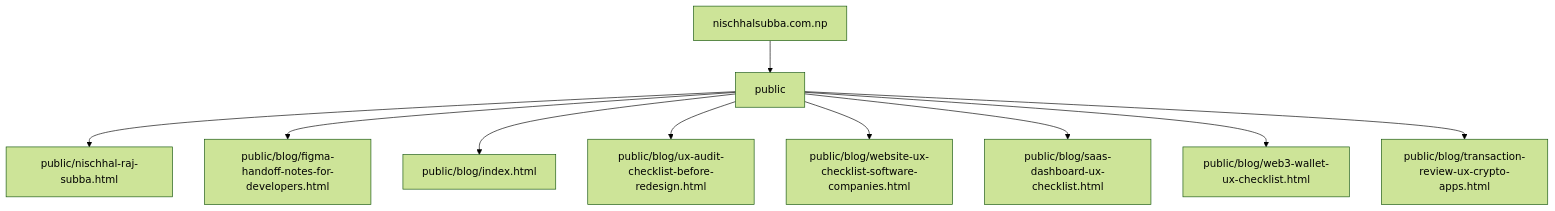
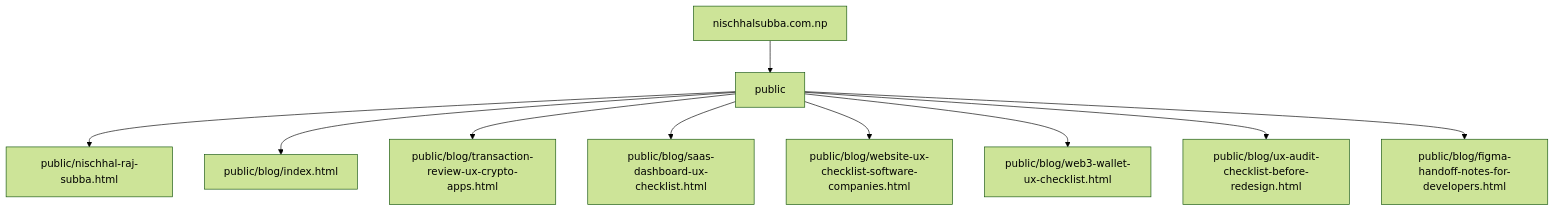
One commit to Nischhalsubba/nischhalsubba.com.np changed the second of 5 diagrams in README.md. Above: the diagram before and after it, drawn with Mermaid (forest theme).

Commit message:
docs: apply designer README standard

````diff
--- a/README.md
+++ b/README.md
@@ -99,13 +99,13 @@
 ```mermaid
 flowchart TD
     APP["nischhalsubba.com.np"]
     APP --> R0["public"]
     R0 --> F0["public/nischhal-raj-subba.html"]
-    R0 --> F1["public/blog/figma-handoff-notes-for-developers.html"]
-    R0 --> F2["public/blog/index.html"]
-    R0 --> F3["public/blog/ux-audit-checklist-before-redesign.html"]
+    R0 --> F1["public/blog/index.html"]
+    R0 --> F2["public/blog/transaction-review-ux-crypto-apps.html"]
+    R0 --> F3["public/blog/saas-dashboard-ux-checklist.html"]
     R0 --> F4["public/blog/website-ux-checklist-software-companies.html"]
-    R0 --> F5["public/blog/saas-dashboard-ux-checklist.html"]
-    R0 --> F6["public/blog/web3-wallet-ux-checklist.html"]
-    R0 --> F7["public/blog/transaction-review-ux-crypto-apps.html"]
+    R0 --> F5["public/blog/web3-wallet-ux-checklist.html"]
+    R0 --> F6["public/blog/ux-audit-checklist-before-redesign.html"]
+    R0 --> F7["public/blog/figma-handoff-notes-for-developers.html"]
 ```
````
